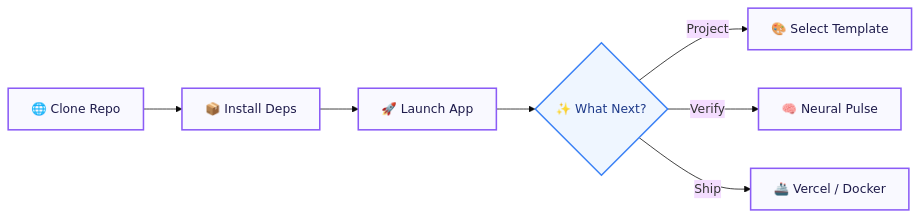
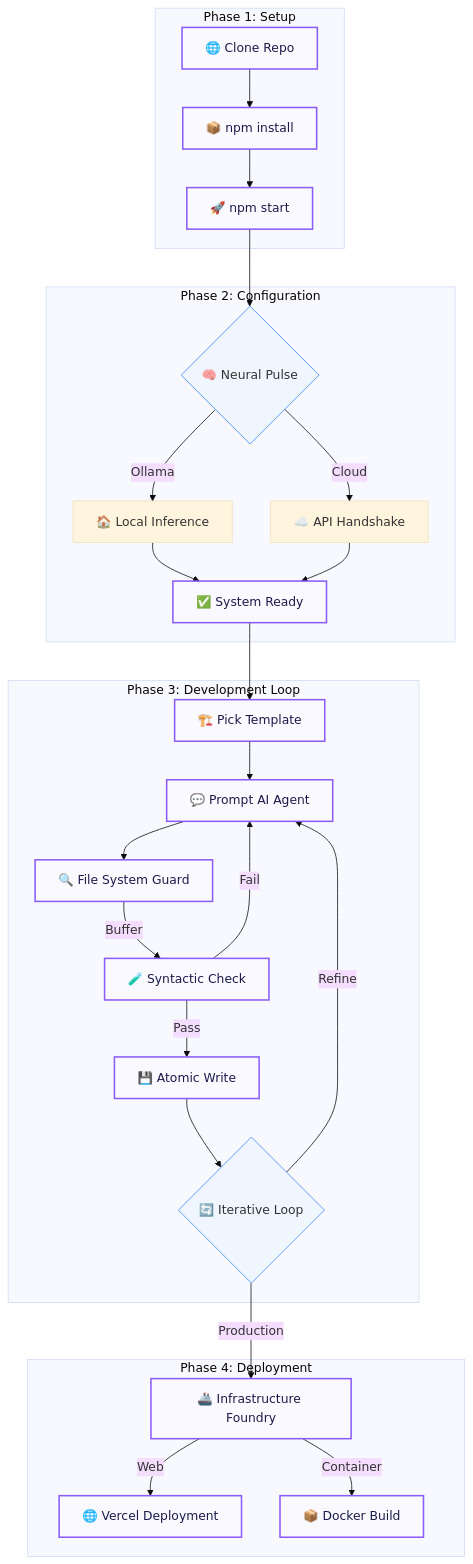
One commit to Subhan-Haider/Codiner-Software changed the diagram in README.md. Above: the diagram before and after it, drawn with Mermaid (base theme). The commit also changed other lines of this file, not shown here.

Commit message:
docs: expand Visual Flow to cover full production lifecycle

````diff
--- a/README.md
+++ b/README.md
@@ -180,13 +180,36 @@
 ```mermaid
-graph LR
-    A[🌐 Clone Repo] --> B[📦 Install Deps]
-    B --> C[🚀 Launch App]
-    C --> D{✨ What Next?}
-    D -- "Project" --> E[🎨 Select Template]
-    D -- "Verify" --> F[🧠 Neural Pulse]
-    D -- "Ship" --> G[🚢 Vercel / Docker]
+graph TD
+    subgraph "Phase 1: Setup"
+        A[🌐 Clone Repo] --> B[📦 npm install]
+        B --> C[🚀 npm start]
+    end
 
-    classDef default fill:#f9f9ff,stroke:#8b5cf6,stroke-width:2px,color:#1e1b4b;
-    classDef decision fill:#eff6ff,stroke:#3b82f6,stroke-width:2px,color:#1e3a8a;
-    class D decision;
+    subgraph "Phase 2: Configuration"
+        C --> D{🧠 Neural Pulse}
+        D -- "Ollama" --> D1[🏠 Local Inference]
+        D -- "Cloud" --> D2[☁️ API Handshake]
+        D1 & D2 --> E[✅ System Ready]
+    end
+
+    subgraph "Phase 3: Development Loop"
+        E --> F[🏗️ Pick Template]
+        F --> G[💬 Prompt AI Agent]
+        G --> H[🔍 File System Guard]
+        H -- "Buffer" --> I[🧪 Syntactic Check]
+        I -- "Pass" --> J[💾 Atomic Write]
+        I -- "Fail" --> G
+        J --> K{🔄 Iterative Loop}
+        K -- "Refine" --> G
+    end
+
+    subgraph "Phase 4: Deployment"
+        K -- "Production" --> L[🚢 Infrastructure Foundry]
+        L -- "Web" --> M[🌐 Vercel Deployment]
+        L -- "Container" --> N[📦 Docker Build]
+    end
+
+    style D fill:#eff6ff,stroke:#3b82f6
+    style K fill:#eff6ff,stroke:#3b82f6
+    classDef step fill:#f9f9ff,stroke:#8b5cf6,stroke-width:2px,color:#1e1b4b;
+    class A,B,C,E,F,G,H,I,J,L,M,N step;
 ```
````
